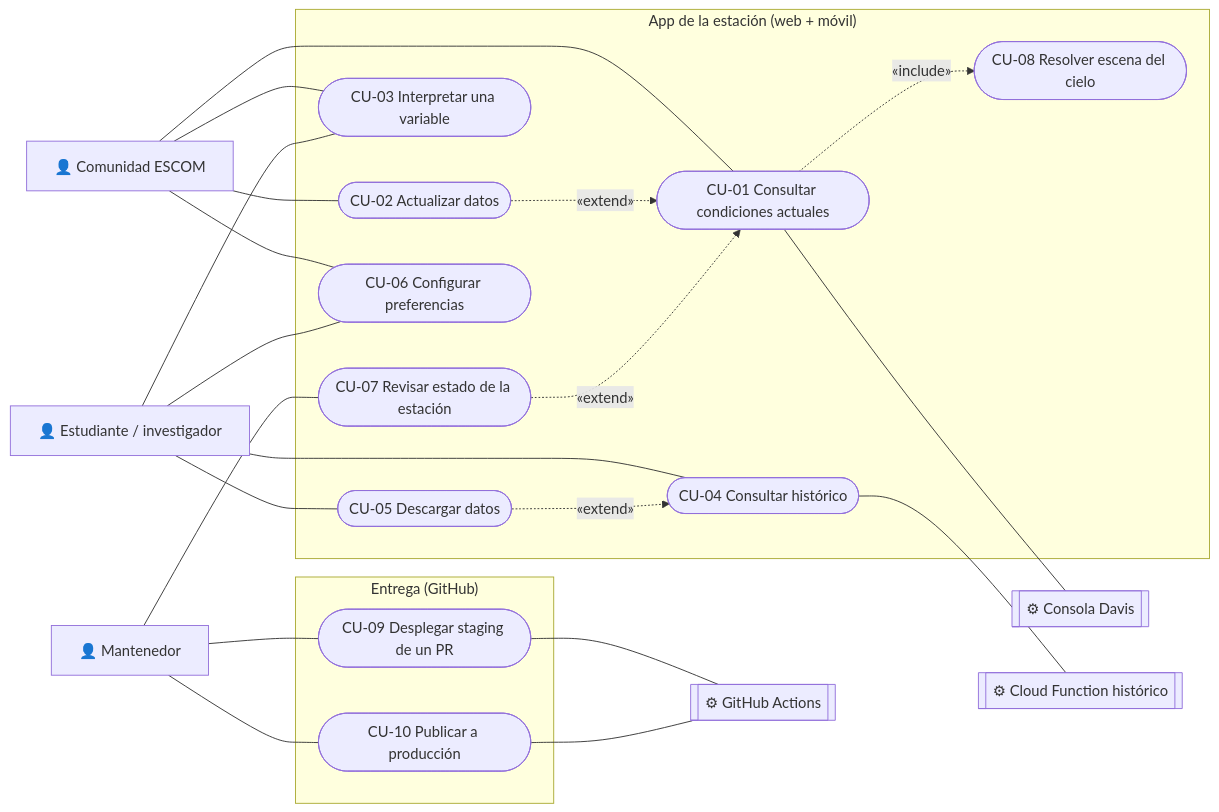
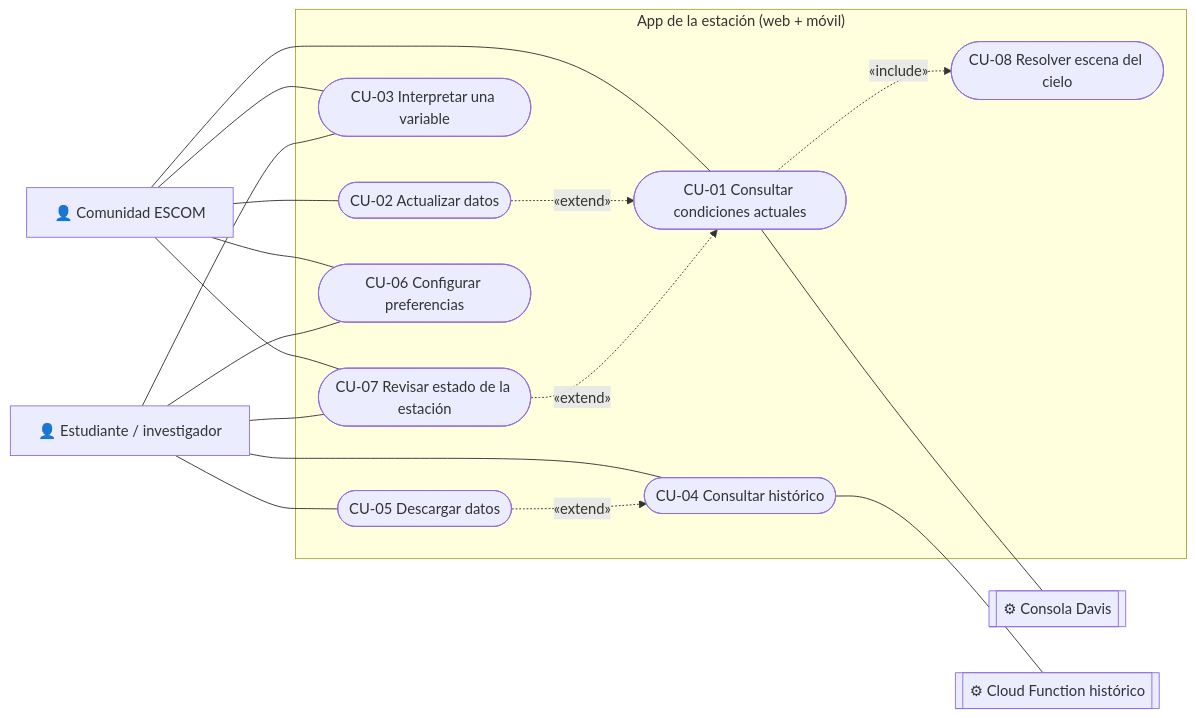
Before and after one commit to Samu31Nd/weather_app: the diagram in docs/02-casos-de-uso.md, drawn with Mermaid. The commit also changed other lines of this file and 9 other files, not shown here.

````diff
--- a/docs/02-casos-de-uso.md
+++ b/docs/02-casos-de-uso.md
@@ -9,48 +9,38 @@
 ```mermaid
 flowchart LR
   comunidad["👤 Comunidad ESCOM"]
   investigador["👤 Estudiante / investigador"]
-  mantenedor["👤 Mantenedor"]
 
   subgraph app["App de la estación (web + móvil)"]
     CU01(["CU-01 Consultar condiciones actuales"])
     CU02(["CU-02 Actualizar datos"])
     CU03(["CU-03 Interpretar una variable"])
     CU04(["CU-04 Consultar histórico"])
     CU05(["CU-05 Descargar datos"])
     CU06(["CU-06 Configurar preferencias"])
     CU07(["CU-07 Revisar estado de la estación"])
     CU08(["CU-08 Resolver escena del cielo"])
   end
 
-  subgraph ops["Entrega (GitHub)"]
-    CU09(["CU-09 Desplegar staging de un PR"])
-    CU10(["CU-10 Publicar a producción"])
-  end
-
   consola[["⚙ Consola Davis"]]
   historico[["⚙ Cloud Function histórico"]]
-  ci[["⚙ GitHub Actions"]]
 
   comunidad --- CU01
   comunidad --- CU02
   comunidad --- CU03
   comunidad --- CU06
   investigador --- CU04
   investigador --- CU05
   investigador --- CU03
   investigador --- CU06
-  mantenedor --- CU07
-  mantenedor --- CU09
-  mantenedor --- CU10
+  comunidad --- CU07
+  investigador --- CU07
 
   CU01 -. «include» .-> CU08
   CU02 -. «extend» .-> CU01
   CU05 -. «extend» .-> CU04
   CU07 -. «extend» .-> CU01
 
   CU01 --- consola
   CU04 --- historico
-  CU09 --- ci
-  CU10 --- ci
 ```
````
